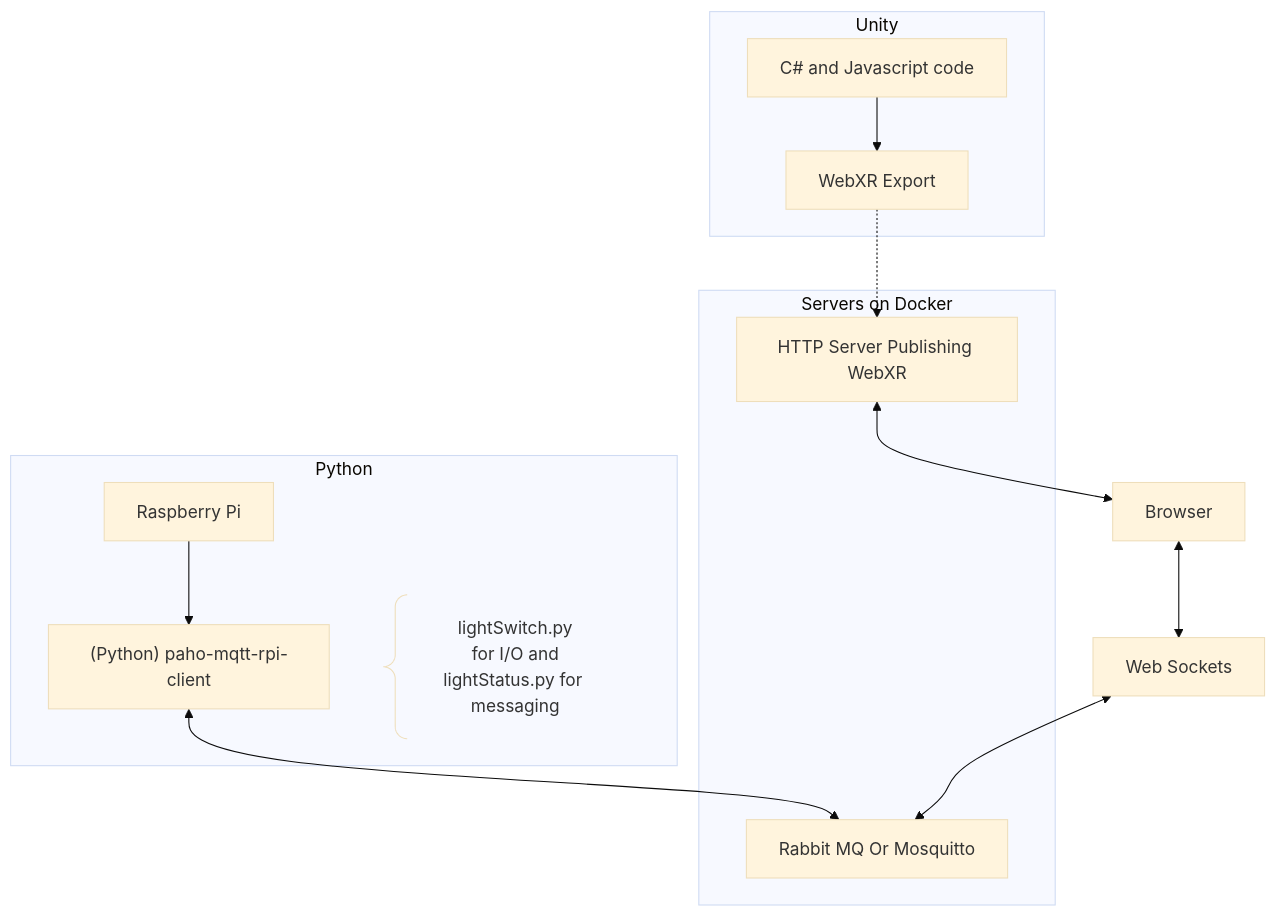
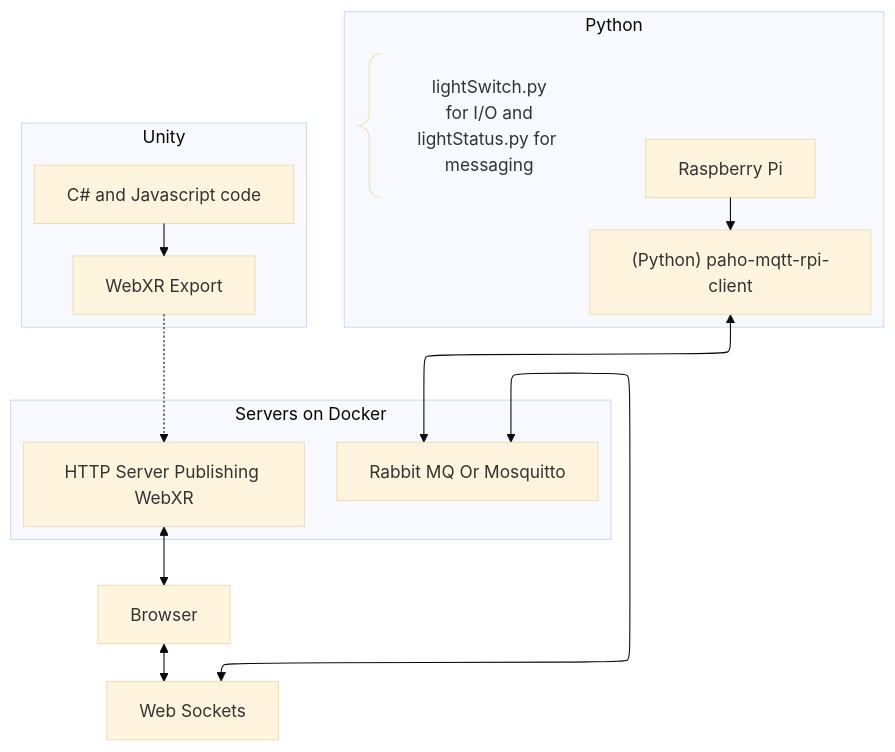
The third of 3 diagrams in about/architecture.md (davidjmcclelland/TrueTwin), drawn with Mermaid (base theme) before and after one commit.

Commit message:
GITBOOK-48: No subject

````diff
--- a/about/architecture.md
+++ b/about/architecture.md
@@ -58,23 +58,31 @@
 ```mermaid
 ---
 config:
-  fontSize: "24px"
+  fontSize: 24px
+  layout: elk
 ---
-graph TD
-  subgraph Python
-    R[Raspberry Pi] --> P["(Python) paho-mqtt-rpi-client"]
-    N@{ shape: comment, label: "lightSwitch.py\nfor I/O and\nlightStatus.py for messaging"}
+flowchart TD
+ subgraph Python["Python"]
+        P["(Python) paho-mqtt-rpi-client"]
+        R["Raspberry Pi"]
+        N["lightSwitch.py
+for I/O and
+lightStatus.py for messaging"]
   end
-  subgraph Servers on Docker
-    P <--> S[Rabbit MQ Or Mosquitto]
-    W[HTTP Server Publishing WebXR]
+ subgraph subGraph1["Servers on Docker"]
+        S["Rabbit MQ Or Mosquitto"]
+        W["HTTP Server Publishing WebXR"]
   end
-    B[Browser] <--> WS[Web Sockets]
+ subgraph Unity["Unity"]
+        XR["WebXR Export"]
+        C["C# and Javascript code"]
+  end
+    R --> P
+    P <--> S
+    B["Browser"] <--> WS["Web Sockets"]
     WS <--> S
-  subgraph Unity
-    C[C# and Javascript code] --> XR[WebXR Export]
-    XR .-> W
-  end
-  W <--> B
-
+    C --> XR
+    XR -.-> W
+    W <--> B
+    N@{ shape: comment}
 ```
````
